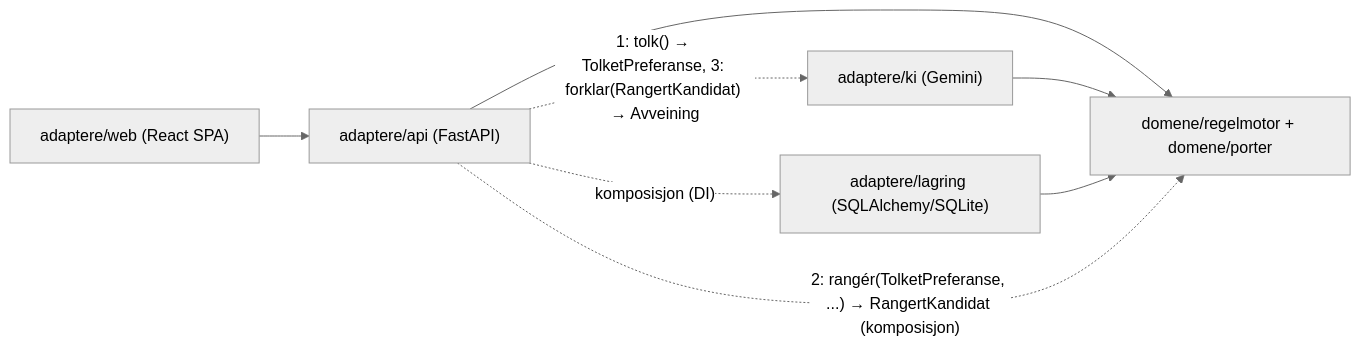
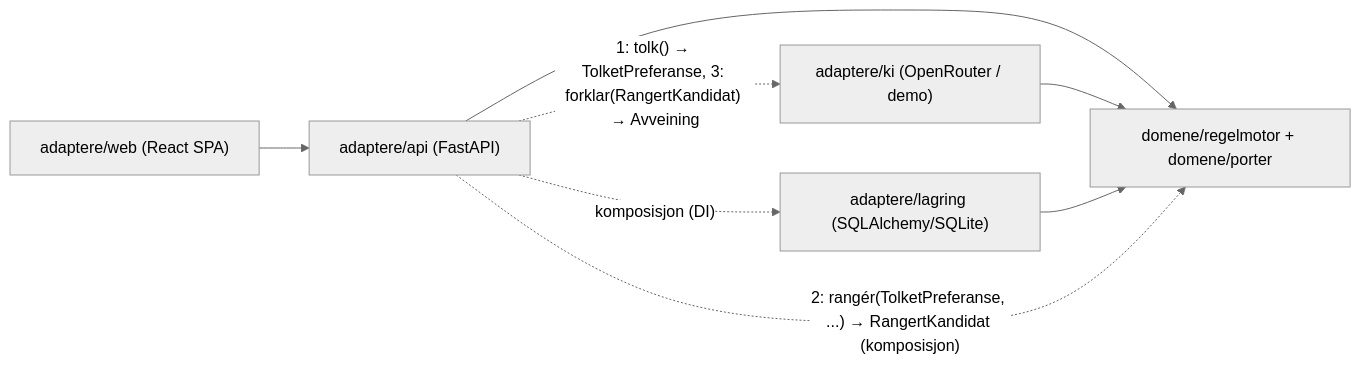
The first of 3 diagrams in _bmad-output/planning-artifacts/architecture/architecture-ibe160-turnusprosjekt-2026-09-29/ARCHITECTURE-SPINE.md (IBE160-2026/G15-gaertner-kuduz-skinstad-saetren), drawn with Mermaid (neutral theme) before and after one commit. The commit also changed other lines of this file and 8 other files, not shown here.

First line of the commit message:
Bytt KI-leverandør til OpenRouter/Haiku 5.5 og planlegg demo-modus

````diff
--- a/_bmad-output/planning-artifacts/architecture/architecture-ibe160-turnusprosjekt-2026-09-29/ARCHITECTURE-SPINE.md
+++ b/_bmad-output/planning-artifacts/architecture/architecture-ibe160-turnusprosjekt-2026-09-29/ARCHITECTURE-SPINE.md
@@ -58,10 +58,10 @@
 ```mermaid
 graph LR
     Web["adaptere/web (React SPA)"] --> API["adaptere/api (FastAPI)"]
     API --> Core["domene/regelmotor + domene/porter"]
-    KI["adaptere/ki (Gemini)"] --> Core
+    KI["adaptere/ki (OpenRouter / demo)"] --> Core
     Lagring["adaptere/lagring (SQLAlchemy/SQLite)"] --> Core
     API -. "1: tolk() → TolketPreferanse, 3: forklar(RangertKandidat) → Avveining" .-> KI
     API -. "2: rangér(TolketPreferanse, ...) → RangertKandidat (komposisjon)" .-> Core
     API -. "komposisjon (DI)" .-> Lagring
 ```
````
